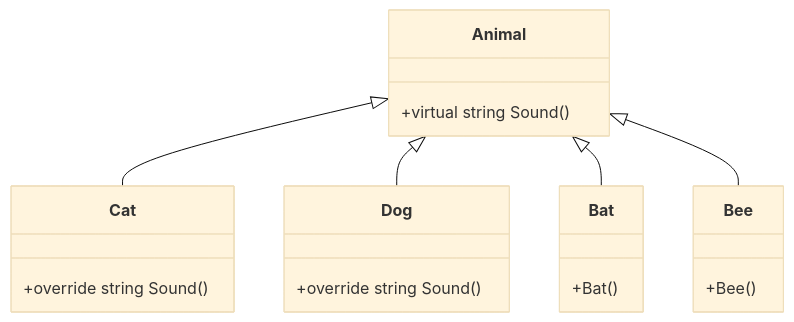
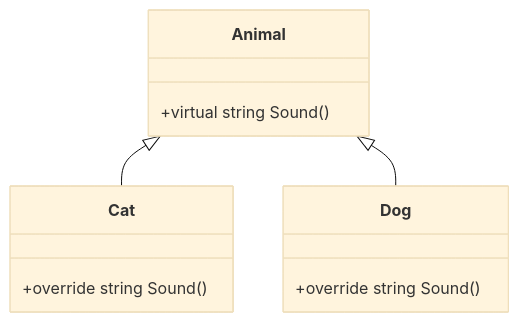
The diagram in AnimalKingdom/README.md (JoaoSaMarques/LP1Semana08), drawn with Mermaid (base theme) before and after one commit. The commit also changed 2 other files, not shown here.

Commit message:
added pdf for animalkingdom

````diff
--- a/AnimalKingdom/README.md
+++ b/AnimalKingdom/README.md
@@ -3,27 +3,17 @@
 ```mermaid
     classDiagram
     class Animal {
         +virtual string Sound()
     }
 
     class Cat {
         +override string Sound()
     }
 
     class Dog {
         +override string Sound()
     }
-
-    class Bat {
-        +Bat()
-    }
-
-    class Bee {
-        +Bee()
-    }
-
+    
     Animal <|-- Cat
     Animal <|-- Dog
-    Animal <|-- Bat
-    Animal <|-- Bee
 ```
````
